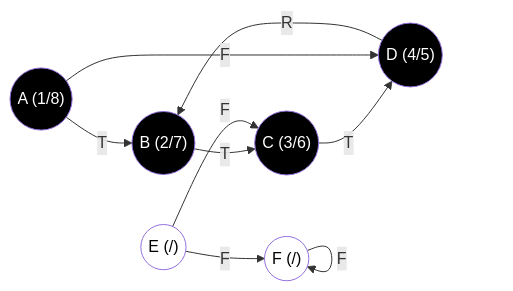
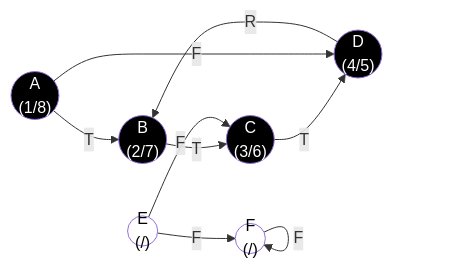
Before and after one commit to UFMG-Organizacao-de-Disciplinas/DCC865-Projeto_e_Analise_de_Algoritmos: diagram 14 of 27 in 2024.2/Materiais enviados/Listas/Resoluções/Lista 3.md, drawn with Mermaid. The commit also changed other lines of this file and 1 other file, not shown here.

````diff
--- a/2024.2/Materiais enviados/Listas/Resoluções/Lista 3.md
+++ b/2024.2/Materiais enviados/Listas/Resoluções/Lista 3.md
@@ -684,28 +687,28 @@
 ```mermaid
 graph LR
     %% Coloração: fundo branco, texto preto
     style A fill:#000,color:#fff
     style B fill:#000,color:#fff
     style C fill:#000,color:#fff
     style D fill:#000,color:#fff
     style E fill:#fff,color:#000
     style F fill:#fff,color:#000
     
     %% Vértices
-    A(("A (1/8)"))
-    B(("B (2/7)"))
-    C(("C (3/6)"))
-    D(("D (4/5)"))
-    E(("E (/)"))
-    F(("F (/)"))
+    A(("A <br> (1/8)"))
+    B(("B <br> (2/7)"))
+    C(("C <br> (3/6)"))
+    D(("D <br> (4/5)"))
+    E(("E <br> (/)"))
+    F(("F <br> (/)"))
 
     %% Arestas
     A -->|T| B
     B -->|T| C
     C -->|T| D
     A -->|F| D
     D -->|R| B
     E -->|F| C
     E -->|F| F
     F -->|F| F
 ```
````
